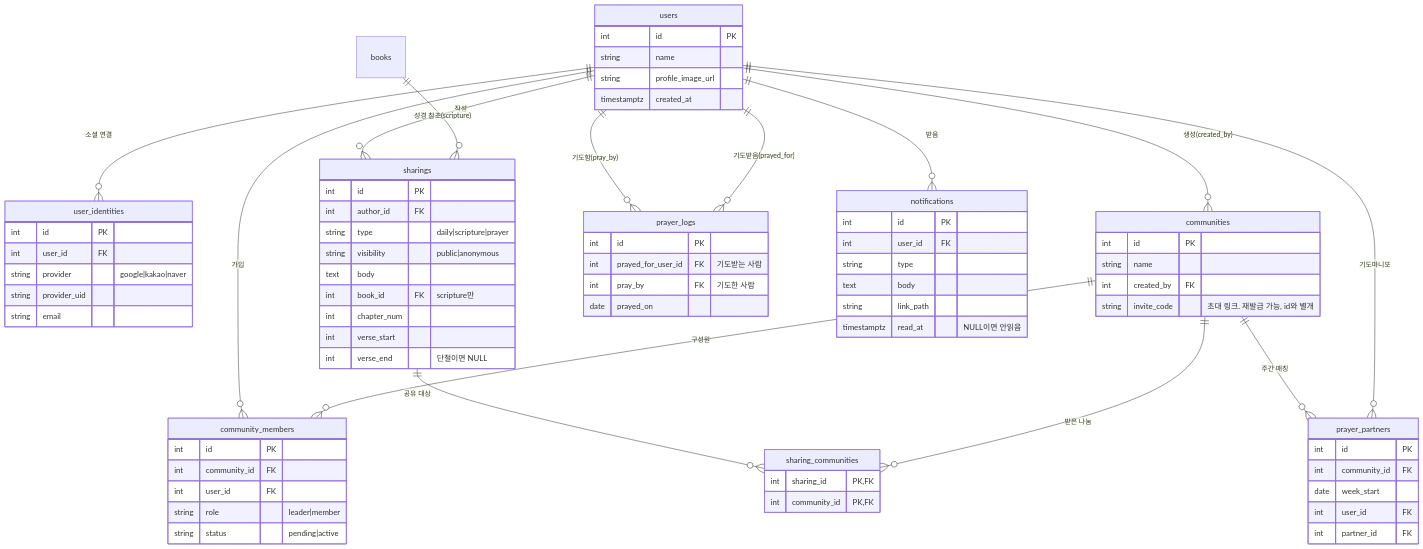
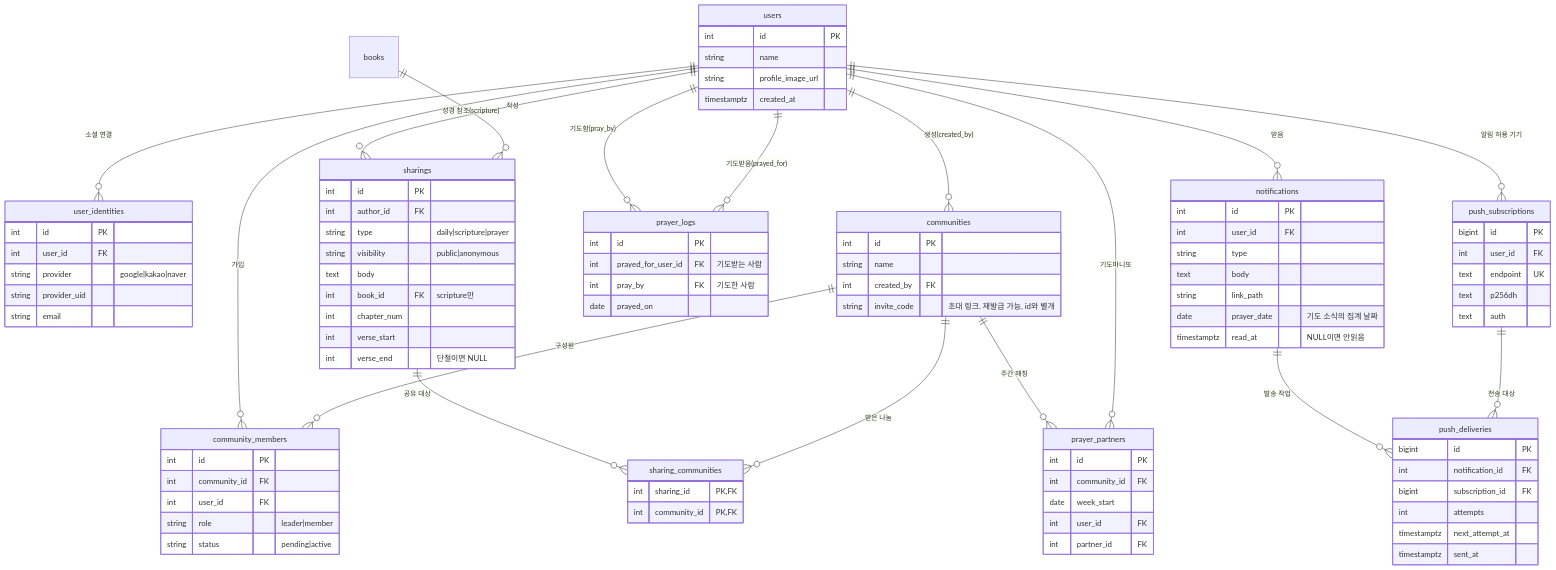
The diagram in docs/06_ERD.md (devminsu1101/Manna), drawn with Mermaid before and after one commit. The commit also changed other lines of this file and 41 other files, not shown here.

````diff
--- a/docs/06_ERD.md
+++ b/docs/06_ERD.md
@@ -23,6 +23,9 @@
     communities ||--o{ prayer_partners : "주간 매칭"
     users ||--o{ prayer_partners : "기도마니또"
     users ||--o{ notifications : "받음"
+    users ||--o{ push_subscriptions : "알림 허용 기기"
+    notifications ||--o{ push_deliveries : "발송 작업"
+    push_subscriptions ||--o{ push_deliveries : "전송 대상"
 
     users {
         int id PK
@@ -84,6 +87,22 @@
         string type
         text body
         string link_path
+        date prayer_date "기도 소식의 집계 날짜"
         timestamptz read_at "NULL이면 안읽음"
     }
+    push_subscriptions {
+        bigint id PK
+        int user_id FK
+        text endpoint UK
+        text p256dh
+        text auth
+    }
+    push_deliveries {
+        bigint id PK
+        int notification_id FK
+        bigint subscription_id FK
+        int attempts
+        timestamptz next_attempt_at
+        timestamptz sent_at
+    }
 ```
````
